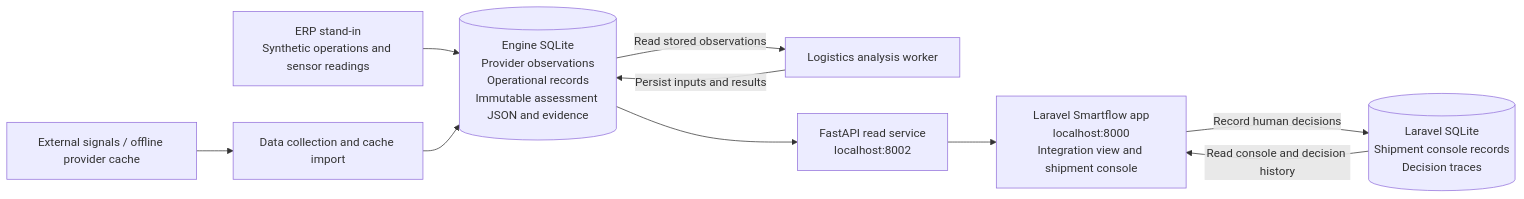
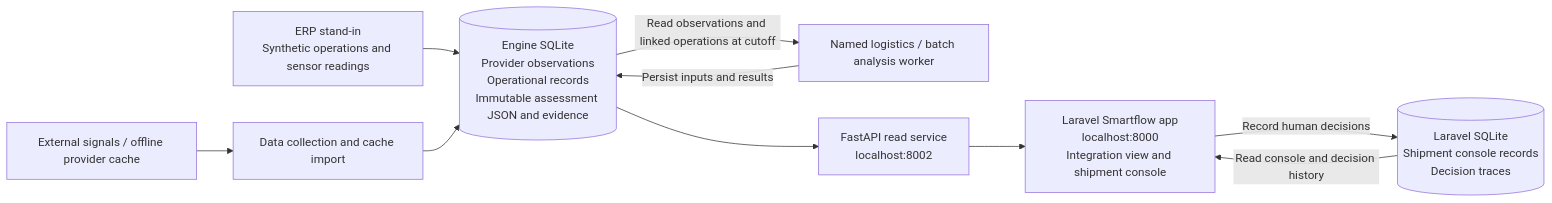
The second of 2 diagrams in docs/DATA_FLOW.md (matla91/bioflow-logistics), drawn with Mermaid before and after one commit. The commit also changed other lines of this file and 23 other files, not shown here.

Commit message:
feat: add batch-linked logistics assessments

````diff
--- a/docs/DATA_FLOW.md
+++ b/docs/DATA_FLOW.md
@@ -46,12 +46,12 @@
 ```mermaid
 flowchart LR
     PUBLIC["External signals / offline provider cache"] --> INGEST["Data collection and cache import"]
     FIXTURE["ERP stand-in<br/>Synthetic operations and sensor readings"] --> ENGINE_DB
     INGEST --> ENGINE_DB[("Engine SQLite<br/>Provider observations<br/>Operational records<br/>Immutable assessment JSON and evidence")]
-    ENGINE_DB -->|"Read stored observations"| WORKER["Logistics analysis worker"]
+    ENGINE_DB -->|"Read observations and linked operations at cutoff"| WORKER["Named logistics / batch analysis worker"]
     WORKER -->|"Persist inputs and results"| ENGINE_DB
     ENGINE_DB --> API["FastAPI read service<br/>localhost:8002"]
     API --> APP["Laravel Smartflow app<br/>localhost:8000<br/>Integration view and shipment console"]
     APP -->|"Record human decisions"| APP_DB[("Laravel SQLite<br/>Shipment console records<br/>Decision traces")]
     APP_DB -->|"Read console and decision history"| APP
 ```
````
